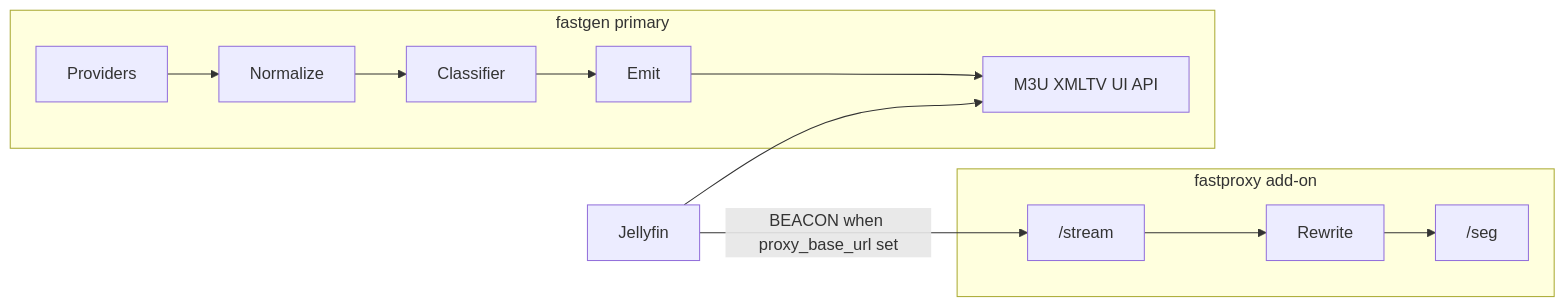
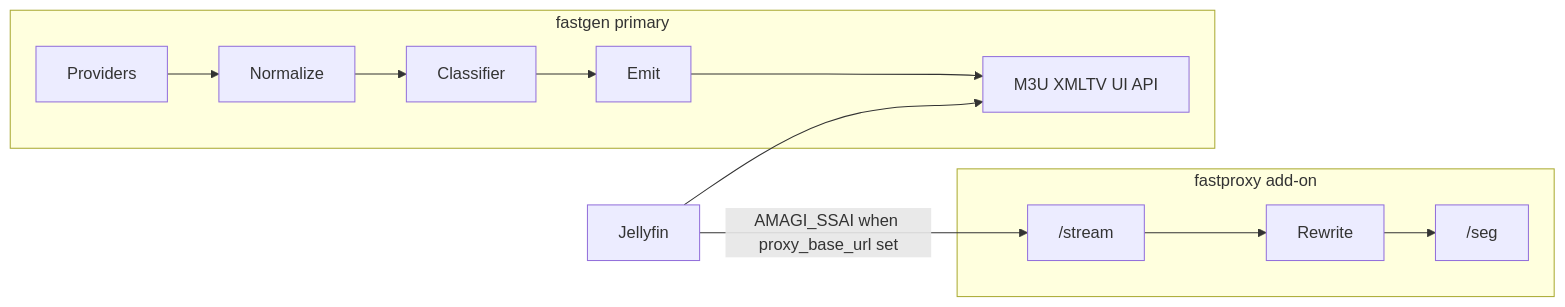
One commit to aurum-alpha/gofast changed the first of 2 diagrams in docs/ARCHITECTURE.md. Above: the diagram before and after it, drawn with Mermaid. The commit also changed other lines of this file and 27 other files, not shown here.

First line of the commit message:
feat: dialect taxonomy and LG Xumo SSAI URL keep (J27-49, J27-55)

````diff
--- a/docs/ARCHITECTURE.md
+++ b/docs/ARCHITECTURE.md
@@ -29,14 +29,14 @@
 ```mermaid
 flowchart LR
   subgraph gen [fastgen primary]
     Providers --> Normalize
     Normalize --> Classifier
     Classifier --> Emit
     Emit --> HTTP["M3U XMLTV UI API"]
   end
   subgraph proxy [fastproxy add-on]
     Stream["/stream"] --> Rewrite --> Seg["/seg"]
   end
   Jellyfin --> HTTP
-  Jellyfin -->|"BEACON when proxy_base_url set"| Stream
+  Jellyfin -->|"AMAGI_SSAI when proxy_base_url set"| Stream
 ```
````
